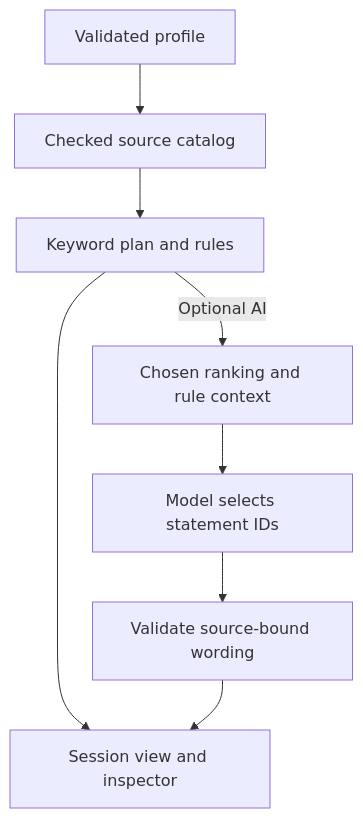
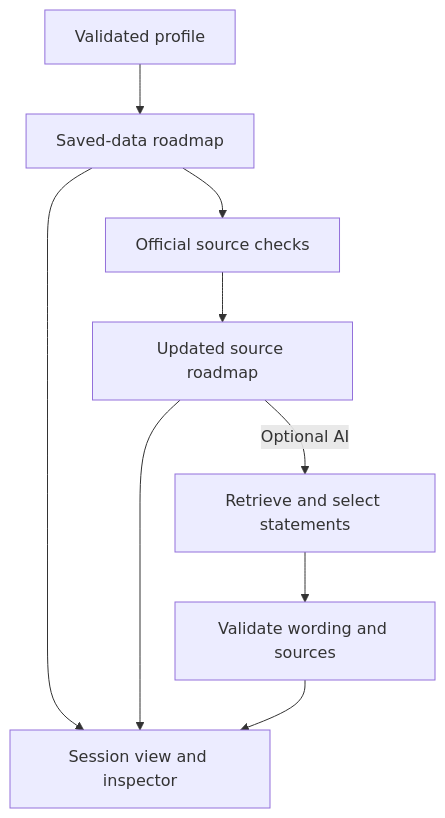
The diagram in docs/final/REPORT_DRAFT.md (JSM-Shinkiro/ece-learning-advisor), drawn with Mermaid before and after one commit. The commit also changed other lines of this file and 9 other files, not shown here.

Commit message:
Record saved roadmap verification and final submission readiness

````diff
--- a/docs/final/REPORT_DRAFT.md
+++ b/docs/final/REPORT_DRAFT.md
@@ -30,10 +30,11 @@
 ```mermaid
 flowchart TD
-    A["Validated profile"] --> B["Checked source catalog"]
-    B --> C["Keyword plan and rules"]
-    C --> G["Session view and inspector"]
-    C -->|Optional AI| D["Chosen ranking and rule context"]
-    D --> E["Model selects statement IDs"]
-    E --> F["Validate source-bound wording"]
+    A["Validated profile"] --> B["Saved-data roadmap"]
+    B --> C["Official source checks"]
+    B --> G["Session view and inspector"]
+    C --> D["Updated source roadmap"]
+    D --> G
+    D -->|Optional AI| E["Retrieve and select statements"]
+    E --> F["Validate wording and sources"]
     F --> G
 ```
````
